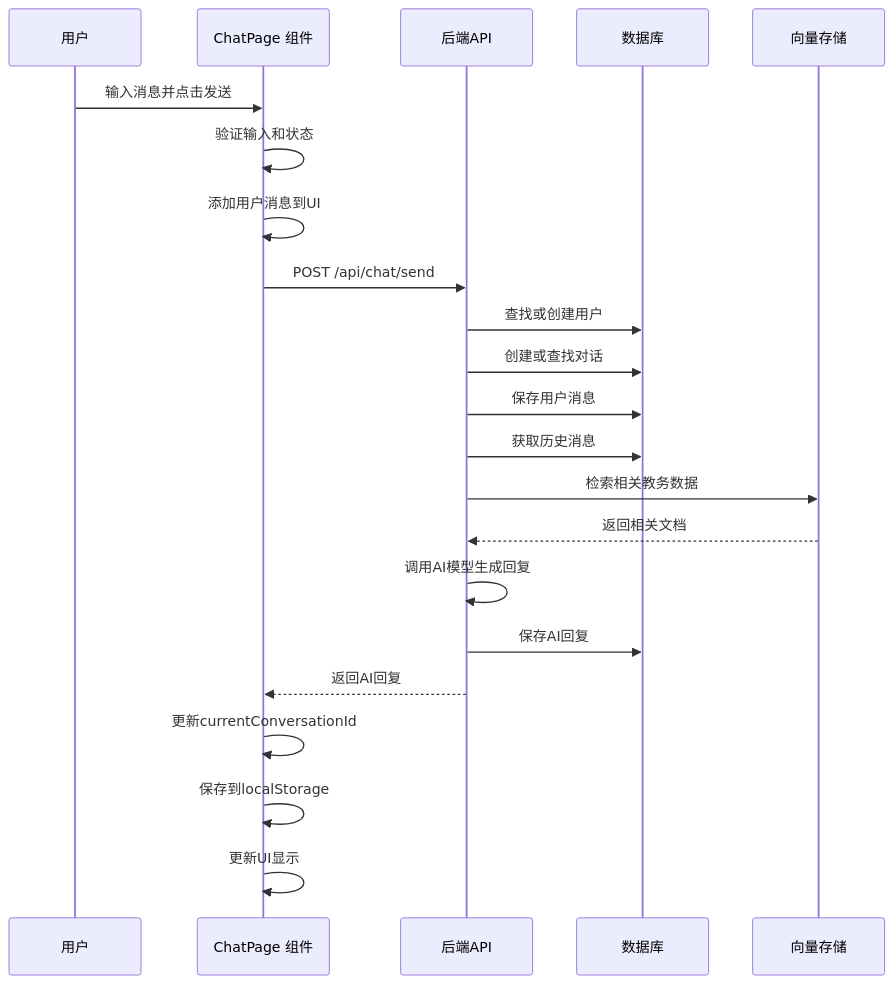
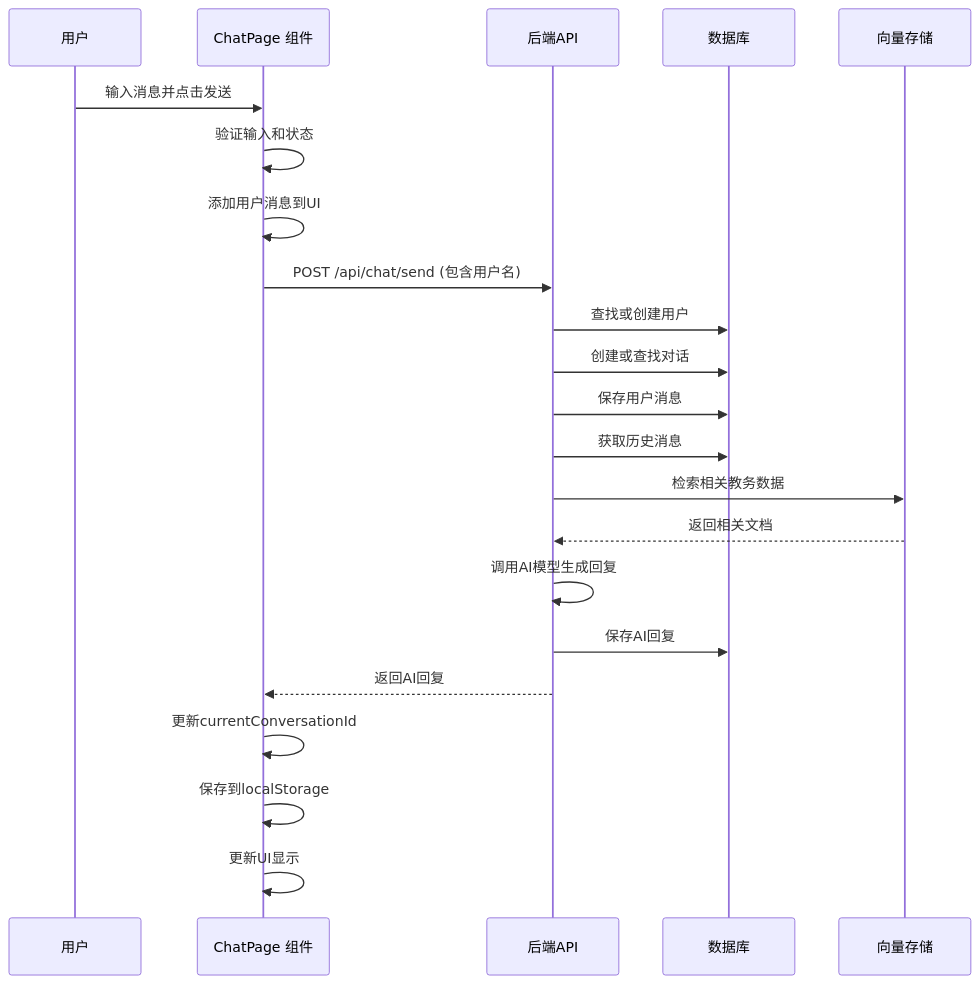
Before and after one commit to ghbbn053-ship-itsoulddog/soulddog: the fifth of 14 diagrams in .qoder/repowiki/zh/content/前端应用文档/AI聊天界面与对话交互.md, drawn with Mermaid. The commit also changed other lines of this file and 11 other files, not shown here.

````diff
--- a/.qoder/repowiki/zh/content/前端应用文档/AI聊天界面与对话交互.md
+++ b/.qoder/repowiki/zh/content/前端应用文档/AI聊天界面与对话交互.md
@@ -286,24 +262,24 @@
 ```mermaid
 sequenceDiagram
 participant U as 用户
 participant C as ChatPage 组件
 participant API as 后端API
 participant DB as 数据库
 participant VS as 向量存储
 U->>C : 输入消息并点击发送
 C->>C : 验证输入和状态
 C->>C : 添加用户消息到UI
-C->>API : POST /api/chat/send
+C->>API : POST /api/chat/send (包含用户名)
 API->>DB : 查找或创建用户
 API->>DB : 创建或查找对话
 API->>DB : 保存用户消息
 API->>DB : 获取历史消息
 API->>VS : 检索相关教务数据
 VS-->>API : 返回相关文档
 API->>API : 调用AI模型生成回复
 API->>DB : 保存AI回复
 API-->>C : 返回AI回复
 C->>C : 更新currentConversationId
 C->>C : 保存到localStorage
 C->>C : 更新UI显示
 ```
````
